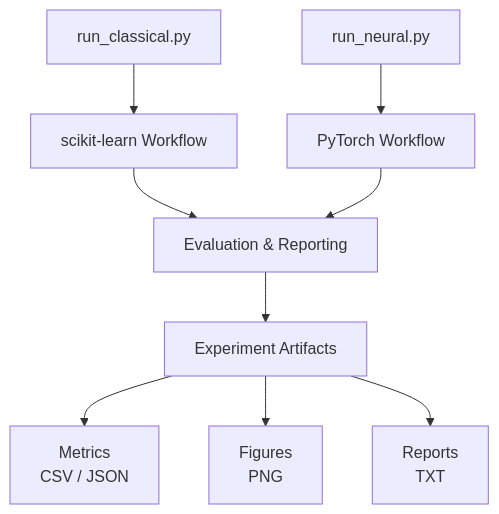
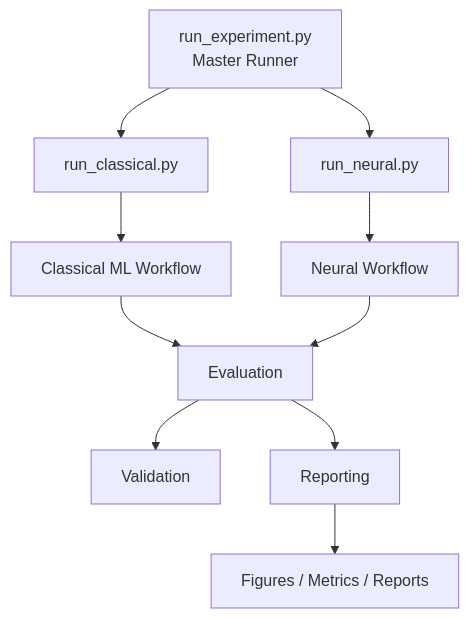
Before and after one commit to sharadshukla/imdb-sentiment-classification: the diagram in README.md, drawn with Mermaid. The commit also changed other lines of this file and 2 other files, not shown here.

````diff
--- a/README.md
+++ b/README.md
@@ -749,13 +236,12 @@
 ```mermaid
 flowchart TD
-    A["run_classical.py"] --> C["scikit-learn Workflow"]
-    B["run_neural.py"] --> D["PyTorch Workflow"]
-
-    C --> E["Evaluation & Reporting"]
-    D --> E
-
-    E --> F["Experiment Artifacts"]
-    F --> G["Metrics<br/>CSV / JSON"]
-    F --> H["Figures<br/>PNG"]
-    F --> I["Reports<br/>TXT"]
+    A["run_experiment.py<br/>Master Runner"] --> B["run_classical.py"]
+    A --> C["run_neural.py"]
+    B --> D["Classical ML Workflow"]
+    C --> E["Neural Workflow"]
+    D --> F["Evaluation"]
+    E --> F
+    F --> G["Validation"]
+    F --> H["Reporting"]
+    H --> I["Figures / Metrics / Reports"]
 ```
````
